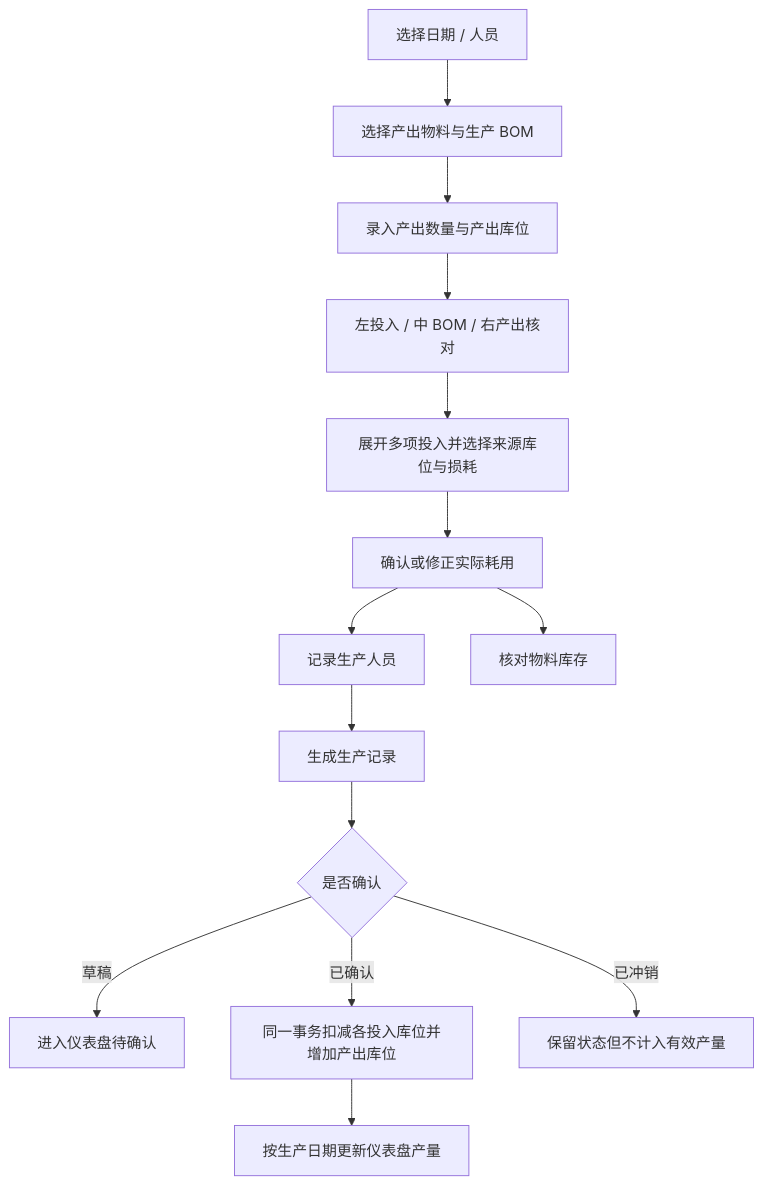
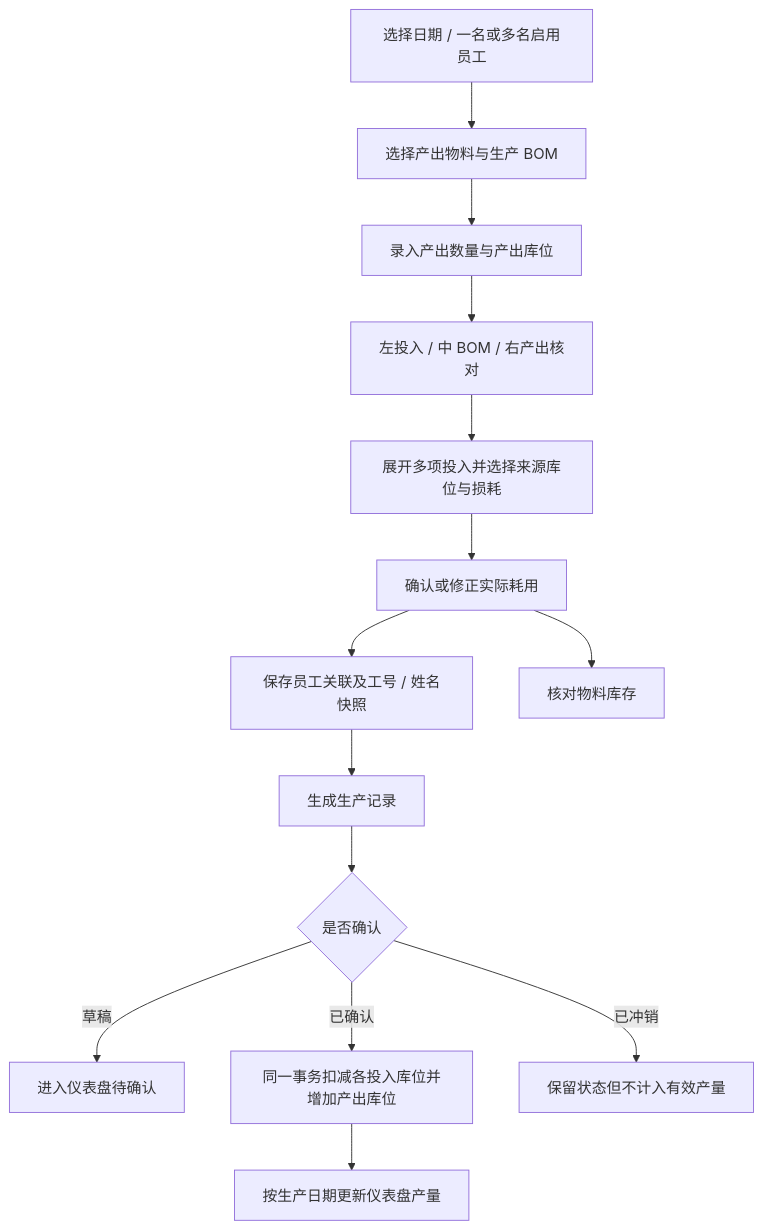
The tenth of 17 diagrams in docs/minierp/system-function-flow.md (goldf2/mes-lite), drawn with Mermaid before and after one commit. The commit also changed other lines of this file and 29 other files, not shown here.

````diff
--- a/docs/minierp/system-function-flow.md
+++ b/docs/minierp/system-function-flow.md
@@ -333,16 +339,16 @@
 ```mermaid
 flowchart TD
-  A["选择日期 / 人员"] --> B["选择产出物料与生产 BOM"]
+  A["选择日期 / 一名或多名启用员工"] --> B["选择产出物料与生产 BOM"]
   B --> C["录入产出数量与产出库位"]
   C --> D["左投入 / 中 BOM / 右产出核对"]
   D --> E["展开多项投入并选择来源库位与损耗"]
   E --> I["确认或修正实际耗用"]
-  I --> J["记录生产人员"]
+  I --> J["保存员工关联及工号 / 姓名快照"]
   J --> F["生成生产记录"]
   F --> K{"是否确认"}
   K -->|草稿| L["进入仪表盘待确认"]
   K -->|已确认| N["同一事务扣减各投入库位并增加产出库位"]
   N --> G["按生产日期更新仪表盘产量"]
   K -->|已冲销| M["保留状态但不计入有效产量"]
   I --> H["核对物料库存"]
 ```
````
